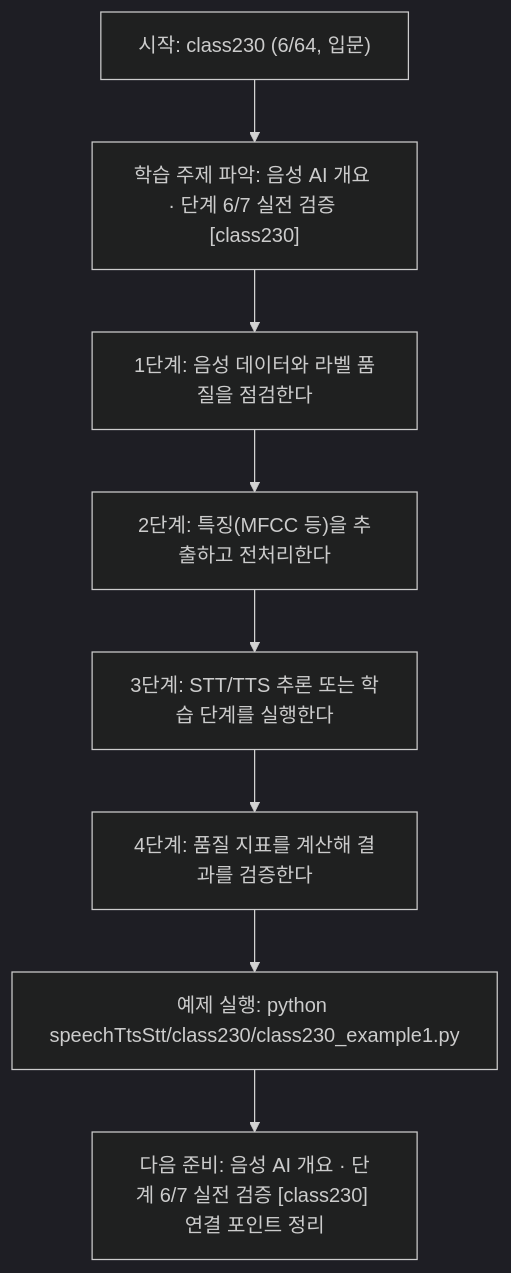
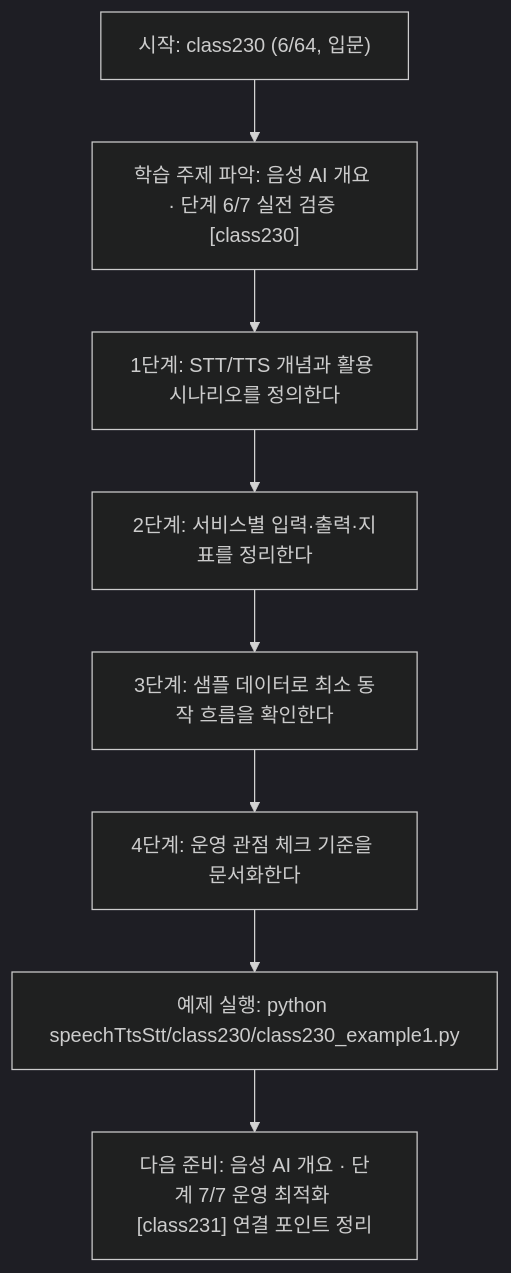
One commit to edumgt/Python-AI_Agent-Class changed the diagram in speechTtsStt/class230/class230.md. Above: the diagram before and after it, drawn with Mermaid (dark theme). The commit also changed other lines of this file and 1122 other files, not shown here.

````diff
--- a/speechTtsStt/class230/class230.md
+++ b/speechTtsStt/class230/class230.md
@@ -114,18 +95,18 @@
 ```mermaid
 flowchart TD
 N1["시작: class230 (6/64, 입문)"]
 N2["학습 주제 파악: 음성 AI 개요 · 단계 6/7 실전 검증 [class230]"]
-N3["1단계: 음성 데이터와 라벨 품질을 점검한다"]
-N4["2단계: 특징(MFCC 등)을 추출하고 전처리한다"]
-N5["3단계: STT/TTS 추론 또는 학습 단계를 실행한다"]
-N6["4단계: 품질 지표를 계산해 결과를 검증한다"]
+N3["1단계: STT/TTS 개념과 활용 시나리오를 정의한다"]
+N4["2단계: 서비스별 입력·출력·지표를 정리한다"]
+N5["3단계: 샘플 데이터로 최소 동작 흐름을 확인한다"]
+N6["4단계: 운영 관점 체크 기준을 문서화한다"]
 N7["예제 실행: python speechTtsStt/class230/class230_example1.py"]
-N8["다음 준비: 음성 AI 개요 · 단계 6/7 실전 검증 [class230] 연결 포인트 정리"]
+N8["다음 준비: 음성 AI 개요 · 단계 7/7 운영 최적화 [class231] 연결 포인트 정리"]
 N1 --> N2
 N2 --> N3
 N3 --> N4
 N4 --> N5
 N5 --> N6
 N6 --> N7
 N7 --> N8
 ```
````
